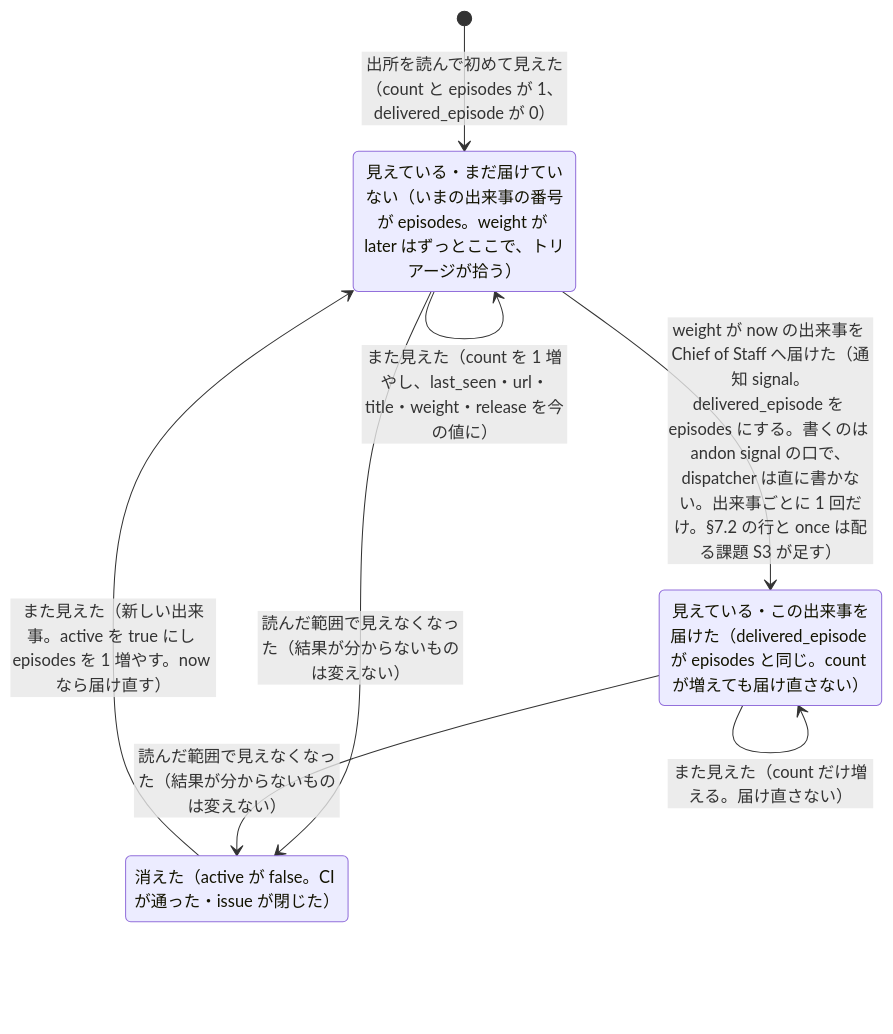
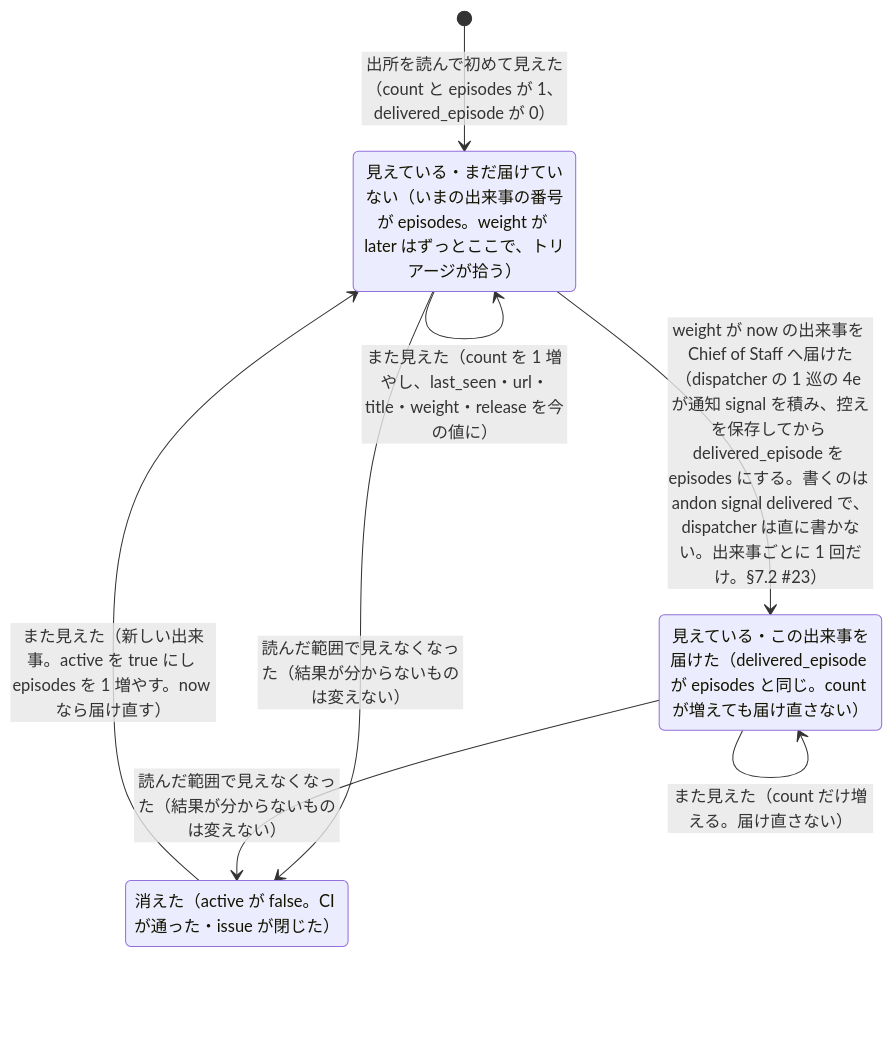
One commit to mitaku/andon changed the diagram in docs/process/signal.md. Above: the diagram before and after it, drawn with Mermaid. The commit also changed other lines of this file and 19 other files, not shown here.

First line of the commit message:
dispatcher の巡に外の信号の段（4e）: collect --due と now の信号の通知 signal（ADR-0011 S3。A-0026）

````diff
--- a/docs/process/signal.md
+++ b/docs/process/signal.md
@@ -9,13 +9,13 @@
 ```mermaid
 stateDiagram-v2
   state "見えている・まだ届けていない（いまの出来事の番号が episodes。weight が later はずっとここで、トリアージが拾う）" as s_active
   state "見えている・この出来事を届けた（delivered_episode が episodes と同じ。count が増えても届け直さない）" as s_delivered
   state "消えた（active が false。CI が通った・issue が閉じた）" as s_gone
   [*] --> s_active: 出所を読んで初めて見えた（count と episodes が 1、delivered_episode が 0）
   s_active --> s_active: また見えた（count を 1 増やし、last_seen・url・title・weight・release を今の値に）
-  s_active --> s_delivered: weight が now の出来事を Chief of Staff へ届けた（通知 signal。delivered_episode を episodes にする。書くのは andon signal の口で、dispatcher は直に書かない。出来事ごとに 1 回だけ。§7.2 の行と once は配る課題 S3 が足す）
+  s_active --> s_delivered: weight が now の出来事を Chief of Staff へ届けた（dispatcher の 1 巡の 4e が通知 signal を積み、控えを保存してから delivered_episode を episodes にする。書くのは andon signal delivered で、dispatcher は直に書かない。出来事ごとに 1 回だけ。§7.2 #23）
   s_delivered --> s_delivered: また見えた（count だけ増える。届け直さない）
   s_active --> s_gone: 読んだ範囲で見えなくなった（結果が分からないものは変えない）
   s_delivered --> s_gone: 読んだ範囲で見えなくなった（結果が分からないものは変えない）
   s_gone --> s_active: また見えた（新しい出来事。active を true にし episodes を 1 増やす。now なら届け直す）
 ```
````
